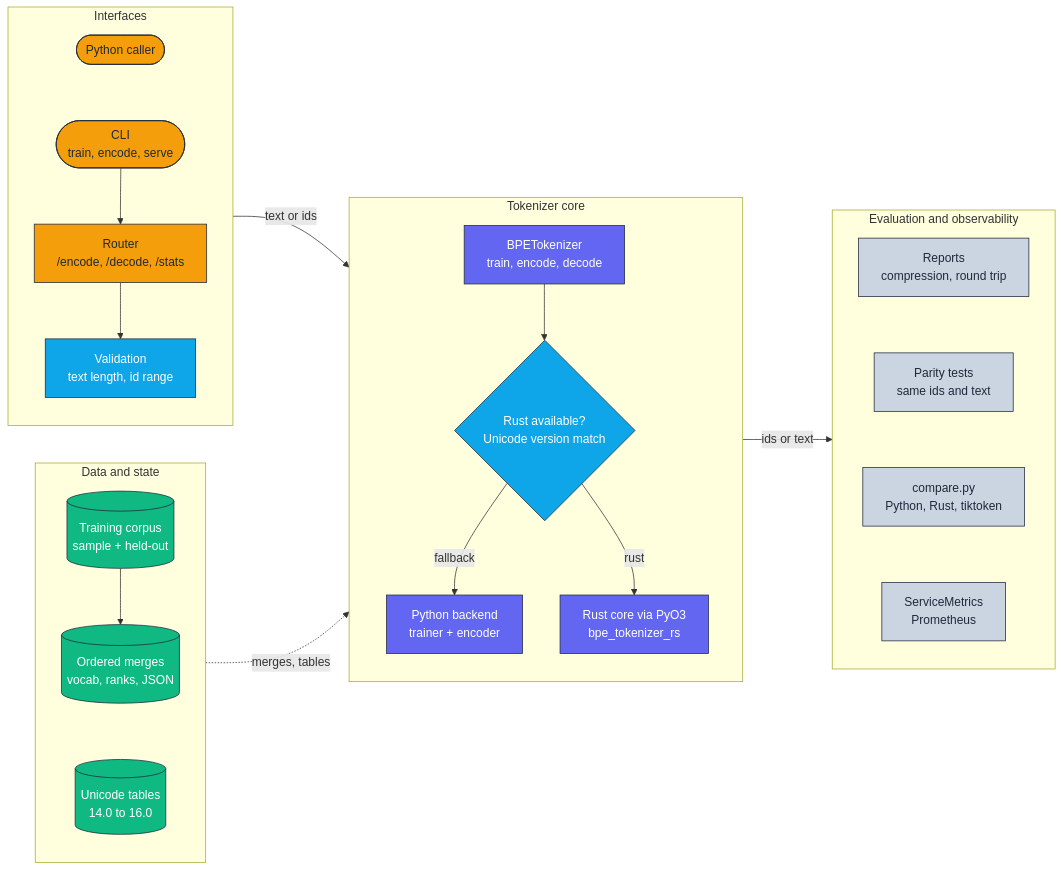
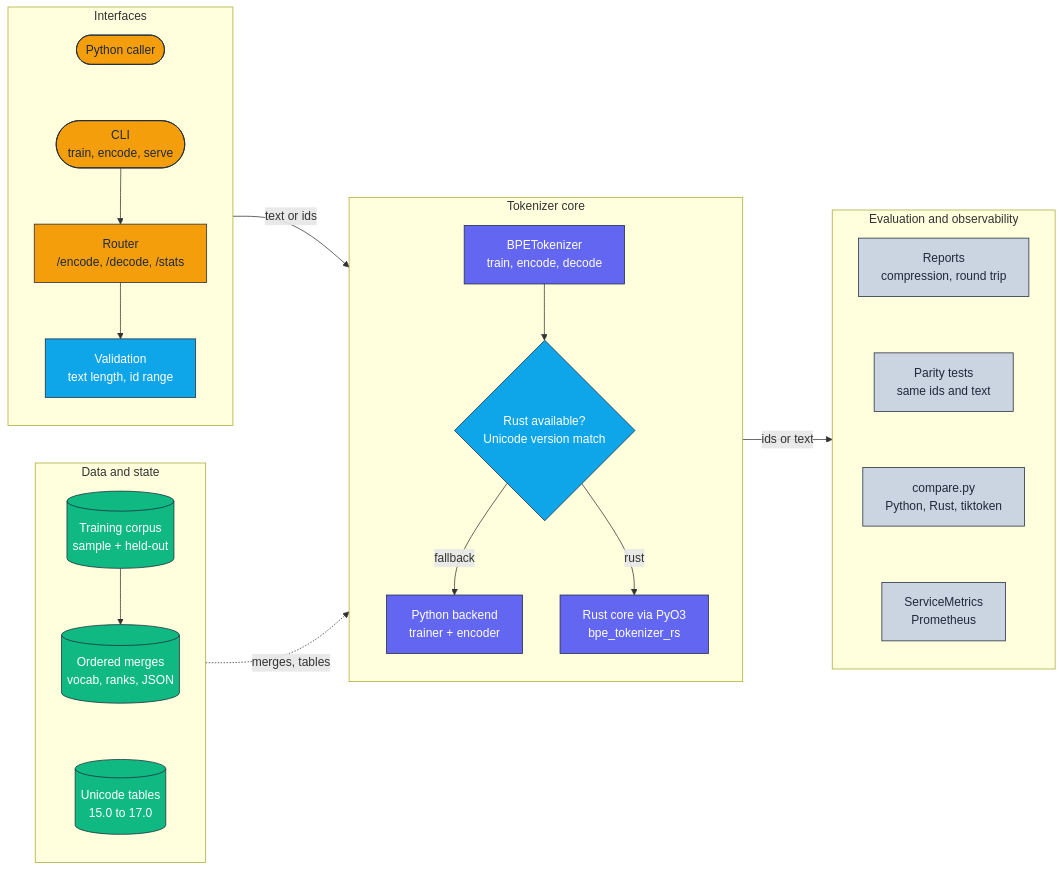
Before and after one commit to adeoluo/bpe-tokenizer-library: the diagram in docs/architecture/architecture.mmd, drawn with Mermaid. The commit also changed 18 other files, not shown here.

```diff
--- a/docs/architecture/architecture.mmd
+++ b/docs/architecture/architecture.mmd
@@ -1,47 +1,47 @@
 flowchart LR
     classDef edge     fill:#F59E0B,stroke:#1E293B,color:#1E293B,stroke-width:1px;
     classDef core     fill:#6366F1,stroke:#1E293B,color:#ffffff,stroke-width:1px;
     classDef data     fill:#10B981,stroke:#1E293B,color:#ffffff,stroke-width:1px;
     classDef control  fill:#0EA5E9,stroke:#1E293B,color:#ffffff,stroke-width:1px;
     classDef obs      fill:#CBD5E1,stroke:#1E293B,color:#1E293B,stroke-width:1px;
 
     subgraph Interfaces["Interfaces"]
         direction TB
         Caller([Python caller]):::edge
         CLI(["CLI<br/>train, encode, serve"]):::edge
         Router["Router<br/>/encode, /decode, /stats"]:::edge
         Validate["Validation<br/>text length, id range"]:::control
         Caller ~~~ CLI --> Router --> Validate
     end
 
     subgraph State["Data and state"]
         direction TB
         Corpus[("Training corpus<br/>sample + held-out")]:::data
         Merges[("Ordered merges<br/>vocab, ranks, JSON")]:::data
-        Tables[("Unicode tables<br/>14.0 to 16.0")]:::data
+        Tables[("Unicode tables<br/>15.0 to 17.0")]:::data
         Corpus --> Merges ~~~ Tables
     end
 
     subgraph Core["Tokenizer core"]
         direction TB
         API["BPETokenizer<br/>train, encode, decode"]:::core
         Select{"Rust available?<br/>Unicode version match"}:::control
         Py["Python backend<br/>trainer + encoder"]:::core
         Rust["Rust core via PyO3<br/>bpe_tokenizer_rs"]:::core
         API --> Select
         Select -->|fallback| Py
         Select -->|rust| Rust
     end
 
     subgraph Obs["Evaluation and observability"]
         direction TB
         Reports["Reports<br/>compression, round trip"]:::obs
         Parity["Parity tests<br/>same ids and text"]:::obs
         Compare["compare.py<br/>Python, Rust, tiktoken"]:::obs
         Metrics["ServiceMetrics<br/>Prometheus"]:::obs
         Reports ~~~ Parity ~~~ Compare ~~~ Metrics
     end
 
     Interfaces -->|text or ids| Core
     State -.->|merges, tables| Core
     Core -->|ids or text| Obs
```
